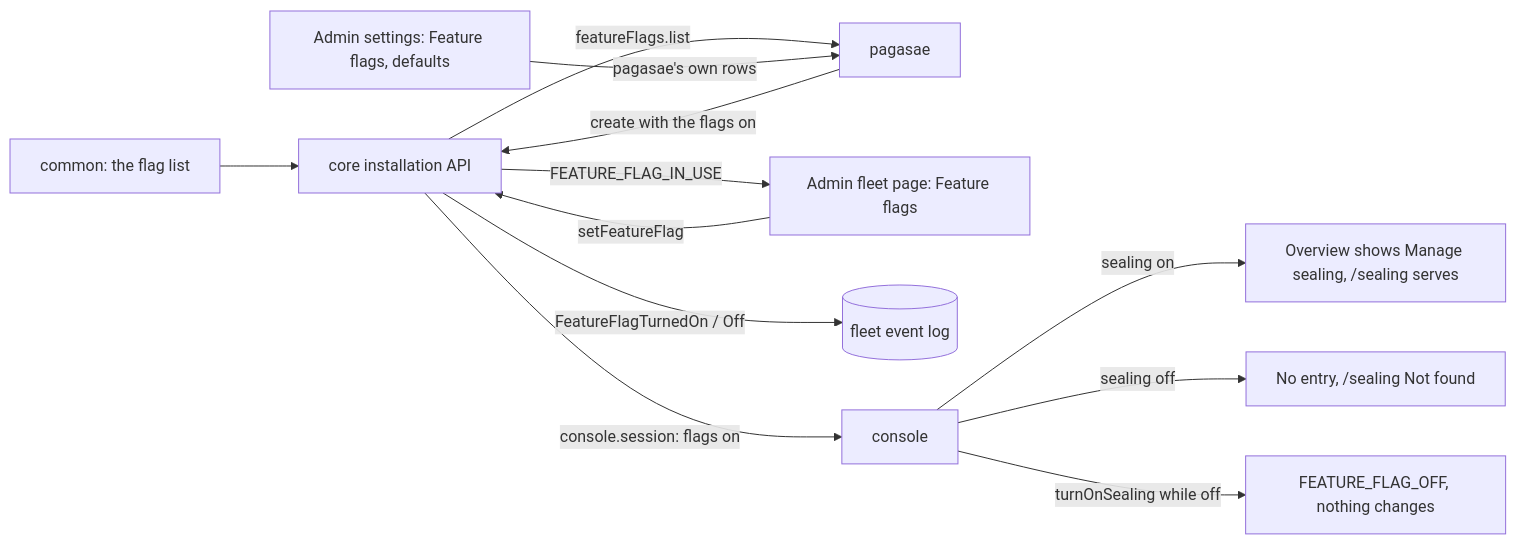
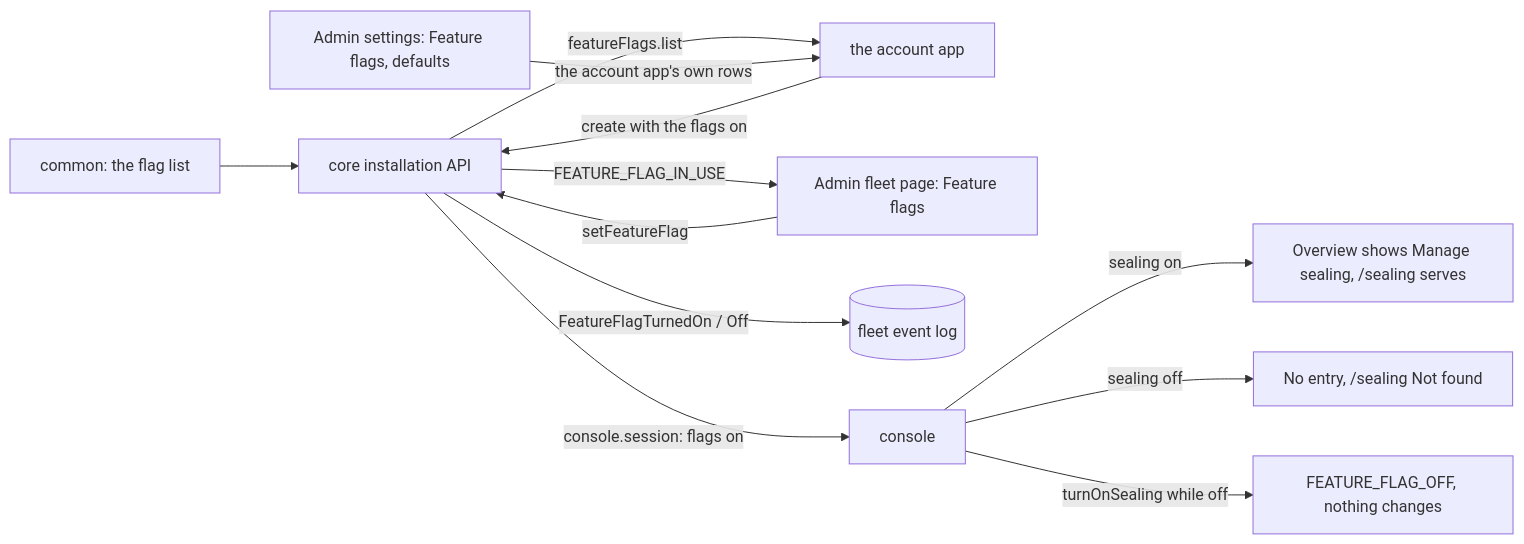
One commit to ThomasHendrickx/aeolus-fleet changed the diagram in docs/design/feature-flags/feature-flags.md. Above: the diagram before and after it, drawn with Mermaid. The commit also changed other lines of this file and 157 other files, not shown here.

Commit message:
refactor: use neutral account app terminology

````diff
--- a/docs/design/feature-flags/feature-flags.md
+++ b/docs/design/feature-flags/feature-flags.md
@@ -42,14 +42,14 @@
 ```mermaid
 flowchart LR
   L[common: the flag list] --> C[core installation API]
-  C -->|featureFlags.list| P[pagasae]
-  S[Admin settings: Feature flags, defaults] -->|pagasae's own rows| P
+  C -->|featureFlags.list| P[the account app]
+  S[Admin settings: Feature flags, defaults] -->|the account app's own rows| P
   P -->|create with the flags on| C
   F[Admin fleet page: Feature flags] -->|setFeatureFlag| C
   C -->|FeatureFlagTurnedOn / Off| E[(fleet event log)]
   C -->|FEATURE_FLAG_IN_USE| F
   C -->|console.session: flags on| K[console]
   K -->|sealing on| O[Overview shows Manage sealing, /sealing serves]
   K -->|sealing off| N[No entry, /sealing Not found]
   K -->|turnOnSealing while off| R[FEATURE_FLAG_OFF, nothing changes]
 ```
````
